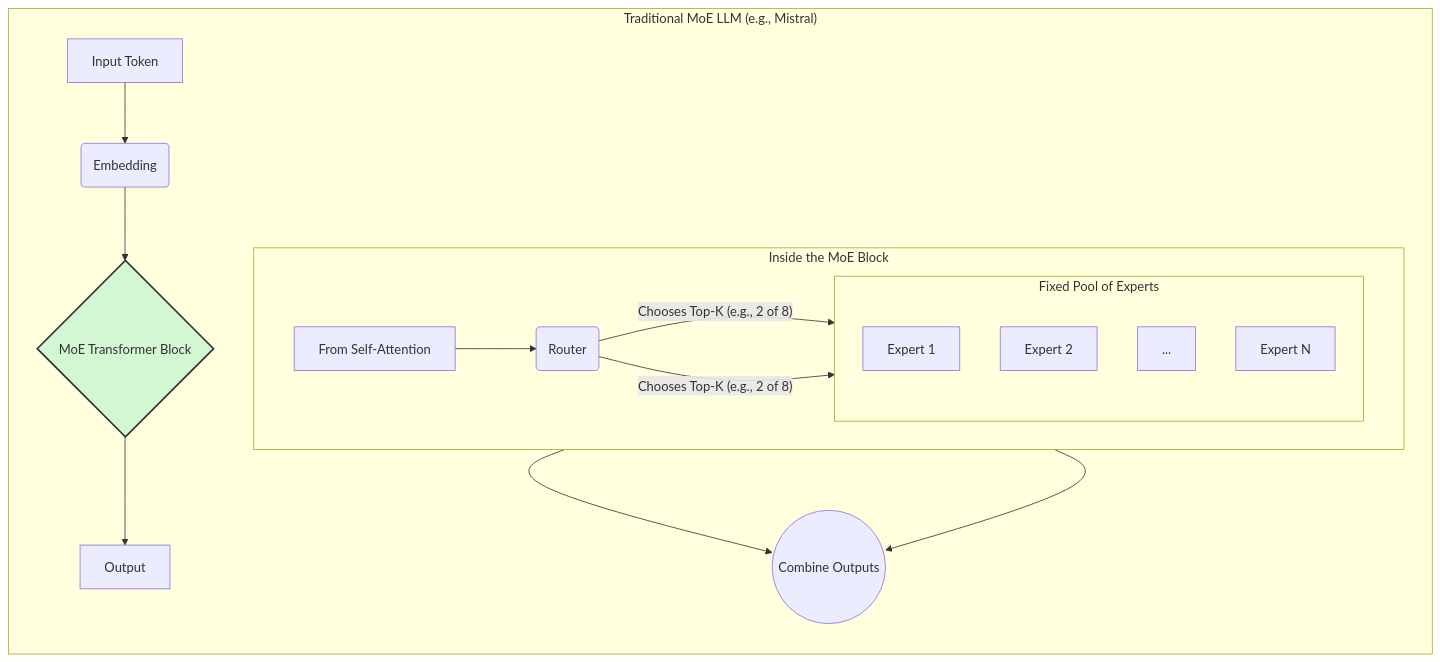
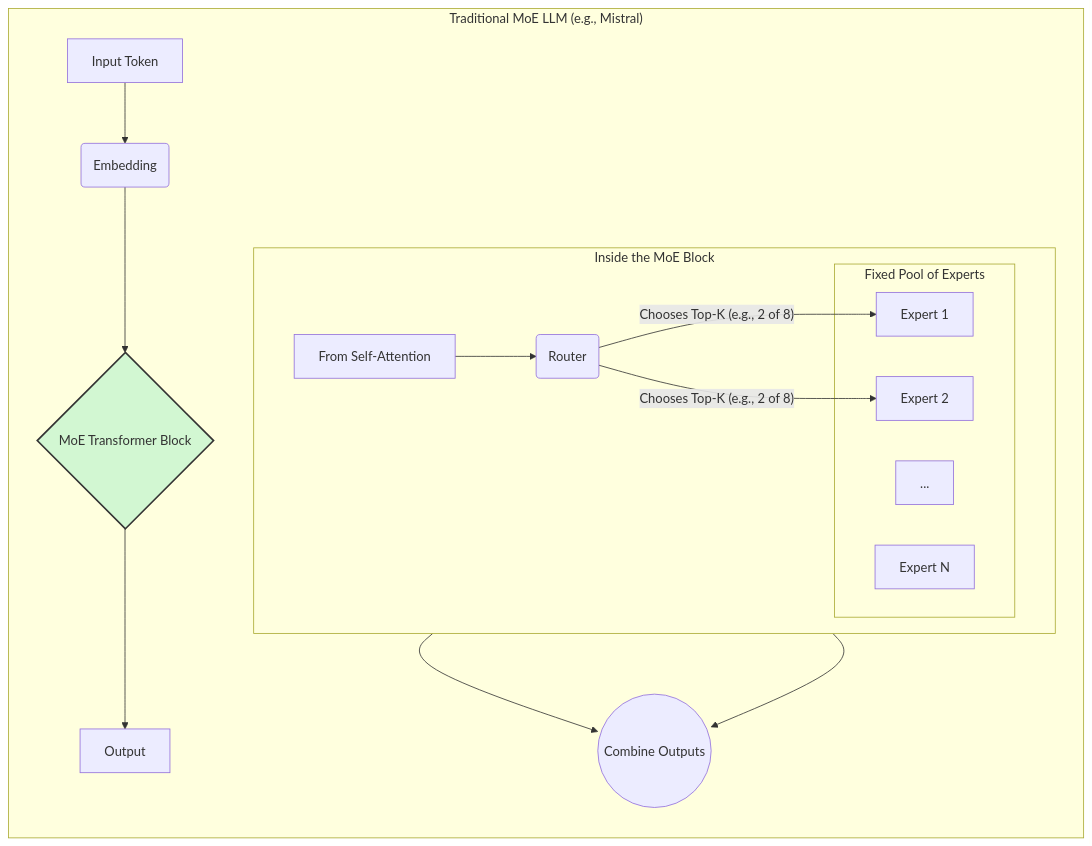
One commit to AshwinRenjith/StudyMaterial changed the first of 2 diagrams in My_Technique_vs_MoE.md. Above: the diagram before and after it, drawn with Mermaid. The commit also changed other lines of this file, not shown here.

````diff
--- a/My_Technique_vs_MoE.md
+++ b/My_Technique_vs_MoE.md
@@ -11,28 +11,27 @@
 ```mermaid
 graph TD
     subgraph "Traditional MoE LLM (e.g., Mistral)"
         direction TB
         A[Input Token] --> B(Embedding);
         B --> C{MoE Transformer Block};
         C --> D[Output];
 
         subgraph "Inside the MoE Block"
             direction LR
             E[From Self-Attention] --> F(Router);
             subgraph "Fixed Pool of Experts"
-                direction TD
                 G1[Expert 1];
                 G2[Expert 2];
                 G3[...];
                 GN[Expert N];
             end
             F -- "Chooses Top-K (e.g., 2 of 8)" --> G1;
             F -- "Chooses Top-K (e.g., 2 of 8)" --> G2;
         end
         
         G1 --> H((Combine Outputs));
         G2 --> H;
     end
 
     style C fill:#d2f7d2,stroke:#333,stroke-width:2px
 ```
````
